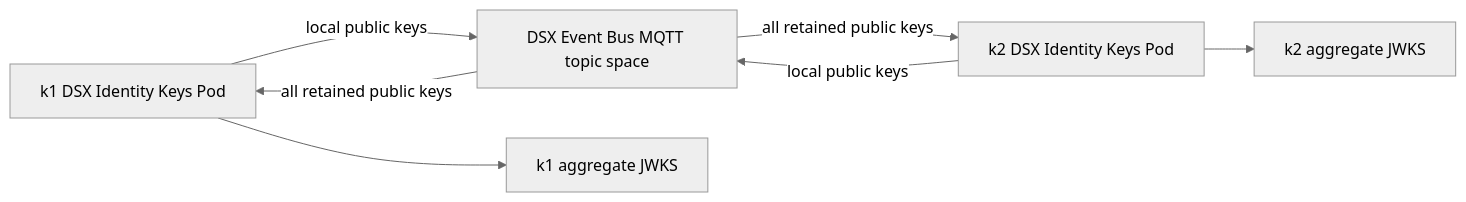
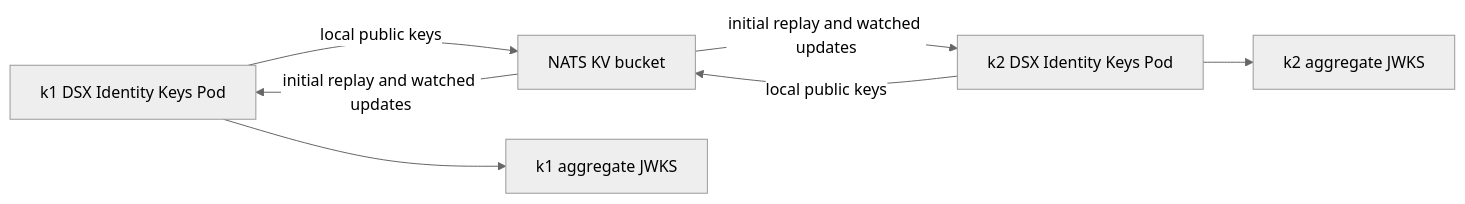
The second of 2 diagrams in cmd/dsx-identity-keys/README.md (dsx-ai-factory/nvidia-workload-identity), drawn with Mermaid (neutral theme) before and after one commit. The commit also changed other lines of this file and 45 other files, not shown here.

Commit message:
feat: synchronize public keys through NATS KV

````diff
--- a/cmd/dsx-identity-keys/README.md
+++ b/cmd/dsx-identity-keys/README.md
@@ -42,9 +39,9 @@
 ```mermaid
 flowchart LR
-    K1["k1 DSX Identity Keys Pod"] -->|"local public keys"| Bus["DSX Event Bus MQTT topic space"]
+    K1["k1 DSX Identity Keys Pod"] -->|"local public keys"| Bus["NATS KV bucket"]
     K2["k2 DSX Identity Keys Pod"] -->|"local public keys"| Bus
-    Bus -->|"all retained public keys"| K1
-    Bus -->|"all retained public keys"| K2
+    Bus -->|"initial replay and watched updates"| K1
+    Bus -->|"initial replay and watched updates"| K2
     K1 --> J1["k1 aggregate JWKS"]
     K2 --> J2["k2 aggregate JWKS"]
 ```
````
